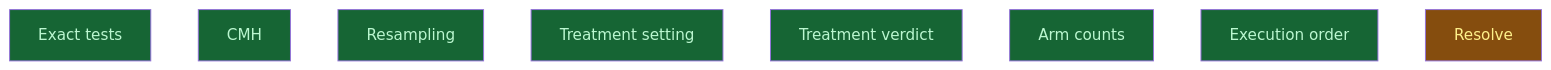
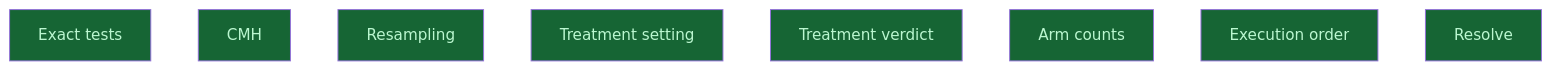
Before and after one commit to CrackingShells/Candler: the diagram in __roadmap__/m6a-paired-stats/README.md, drawn with Mermaid. The commit also changed other lines of this file and 3 other files, not shown here.

````diff
--- a/__roadmap__/m6a-paired-stats/README.md
+++ b/__roadmap__/m6a-paired-stats/README.md
@@ -79,16 +79,16 @@
 ```mermaid
 graph TD
     exact_tests[Exact tests]:::done
     cmh[CMH]:::done
     resampling[Resampling]:::done
     treatment_setting[Treatment setting]:::done
     treatment_verdict[Treatment verdict]:::done
     arm_counts[Arm counts]:::done
     execution_order[Execution order]:::done
-    resolve[Resolve]:::inprogress
+    resolve[Resolve]:::done
     classDef done       fill:#166534,color:#bbf7d0
     classDef inprogress fill:#854d0e,color:#fef08a
     classDef planned    fill:#374151,color:#e5e7eb
     classDef amendment  fill:#1e3a5f,color:#bfdbfe
     classDef blocked    fill:#7f1d1d,color:#fecaca
 ```
````
